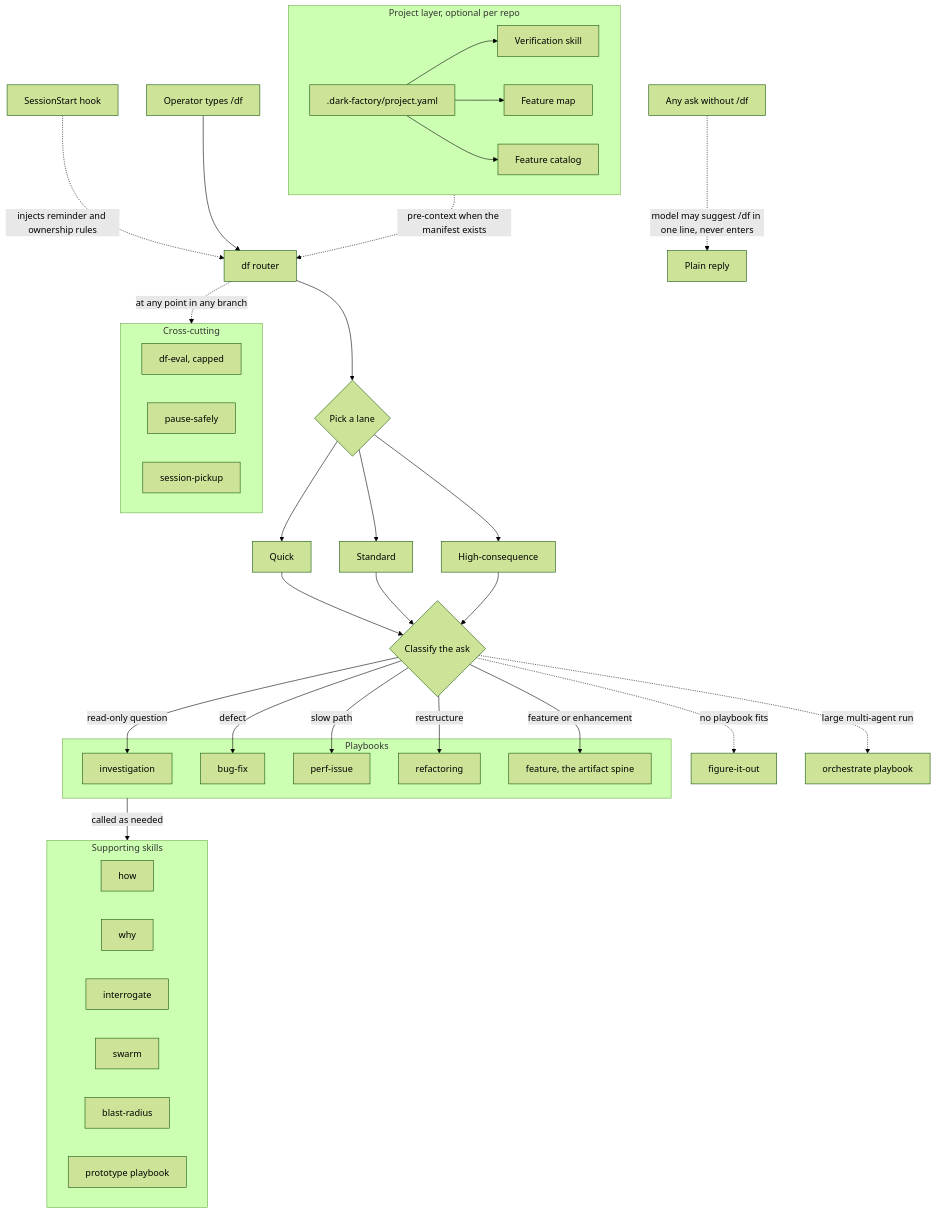
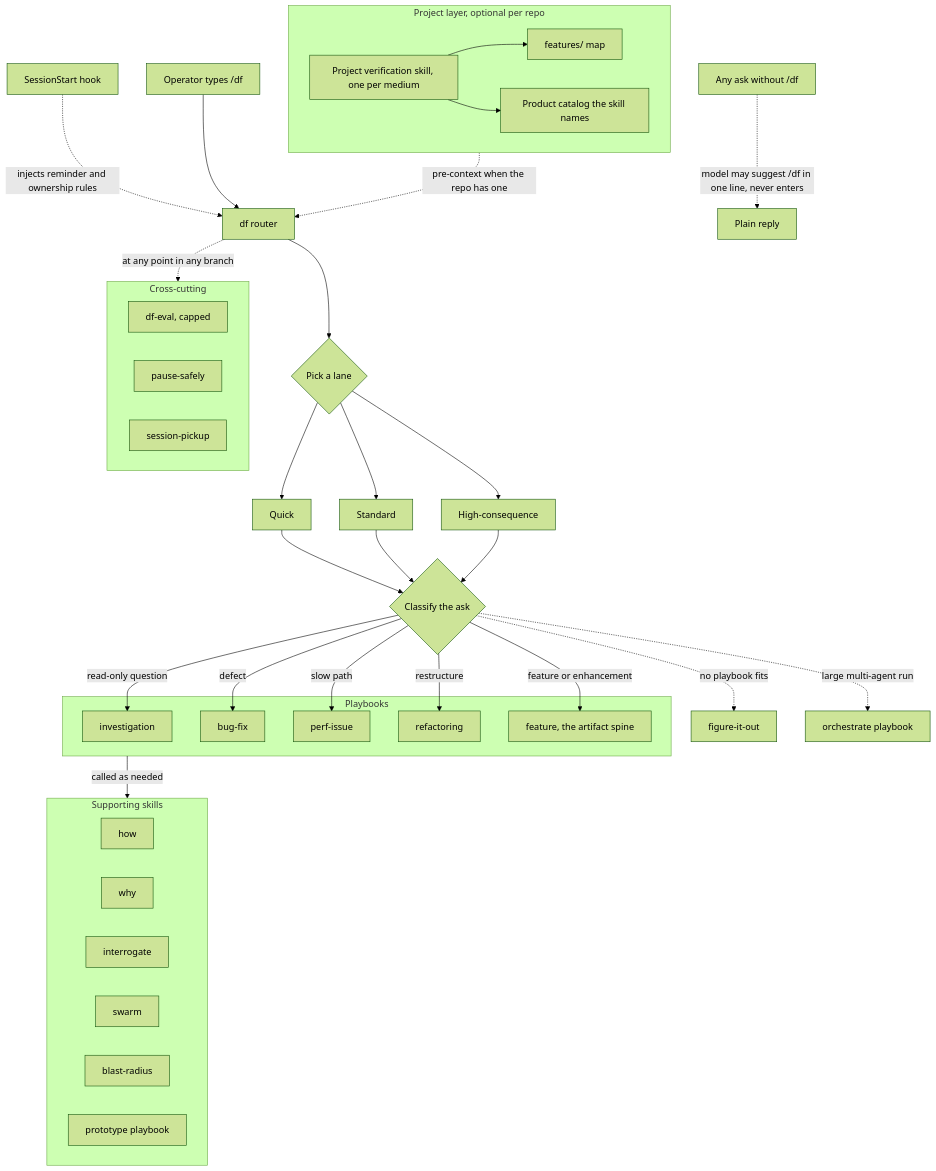
Before and after one commit to nickfujita/dark-factory: the first of 2 diagrams in README.md, drawn with Mermaid (forest theme). The commit also changed other lines of this file and 46 other files, not shown here.

First line of the commit message:
feat(store,project): keep run state and config out of the target repo

````diff
--- a/README.md
+++ b/README.md
@@ -109,58 +109,56 @@
 ```mermaid
 flowchart TD
   HOOK["SessionStart hook"] -.->|injects reminder and ownership rules| DF["df router"]
   ASKIN["Operator types /df"] --> DF
   CASUAL["Any ask without /df"] -.->|model may suggest /df in one line, never enters| PLAIN["Plain reply"]
 
   subgraph PROJ["Project layer, optional per repo"]
-    YAML[".dark-factory/project.yaml"]
-    VSK["Verification skill"]
-    FMAP["Feature map"]
-    CAT["Feature catalog"]
-    YAML --> VSK
-    YAML --> FMAP
-    YAML --> CAT
+    VSK["Project verification skill, one per medium"]
+    FMAP["features/ map"]
+    CAT["Product catalog the skill names"]
+    VSK --> FMAP
+    VSK --> CAT
   end
-  PROJ -.->|pre-context when the manifest exists| DF
+  PROJ -.->|pre-context when the repo has one| DF
 
   DF --> LANE{"Pick a lane"}
   LANE --> QUICK["Quick"]
   LANE --> STD["Standard"]
   LANE --> HIGH["High-consequence"]
 
   QUICK --> PICK{"Classify the ask"}
   STD --> PICK
   HIGH --> PICK
 
   subgraph PB["Playbooks"]
     INV["investigation"]
     BUG["bug-fix"]
     PERF["perf-issue"]
     REF["refactoring"]
     FEAT["feature, the artifact spine"]
   end
   PICK -->|read-only question| INV
   PICK -->|defect| BUG
   PICK -->|slow path| PERF
   PICK -->|restructure| REF
   PICK -->|feature or enhancement| FEAT
   PICK -.->|no playbook fits| FIO["figure-it-out"]
   PICK -.->|large multi-agent run| ORCH["orchestrate playbook"]
 
   subgraph SUP["Supporting skills"]
     HOW["how"]
     WHY["why"]
     INT["interrogate"]
     SW["swarm"]
     BR["blast-radius"]
     PROTO["prototype playbook"]
   end
   PB -->|called as needed| SUP
 
   subgraph XC["Cross-cutting"]
     EVAL["df-eval, capped"]
     PAUSE["pause-safely"]
     PICKUP["session-pickup"]
   end
   DF -.->|at any point in any branch| XC
 ```
````
